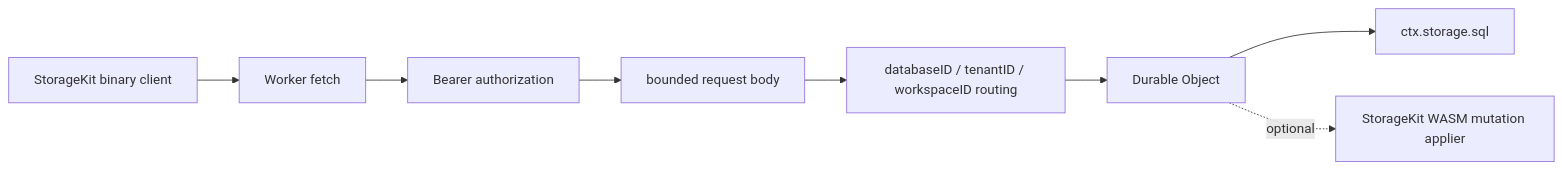
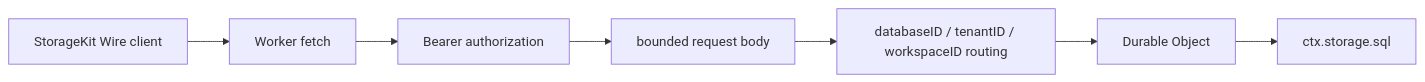
One commit to 1amageek/storage-kit changed the diagram in Workers/CloudflareDurableObjectStorageHost/README.md. Above: the diagram before and after it, drawn with Mermaid. The commit also changed other lines of this file and 283 other files, not shown here.

````diff
--- a/Workers/CloudflareDurableObjectStorageHost/README.md
+++ b/Workers/CloudflareDurableObjectStorageHost/README.md
@@ -6,10 +6,9 @@
 ```mermaid
 flowchart LR
-  Client["StorageKit binary client"] --> Worker["Worker fetch"]
+  Client["StorageKit Wire client"] --> Worker["Worker fetch"]
   Worker --> Auth["Bearer authorization"]
   Auth --> Limit["bounded request body"]
   Limit --> Route["databaseID / tenantID / workspaceID routing"]
   Route --> DO["Durable Object"]
   DO --> SQLite["ctx.storage.sql"]
-  DO -. optional .-> WASM["StorageKit WASM mutation applier"]
 ```
````
